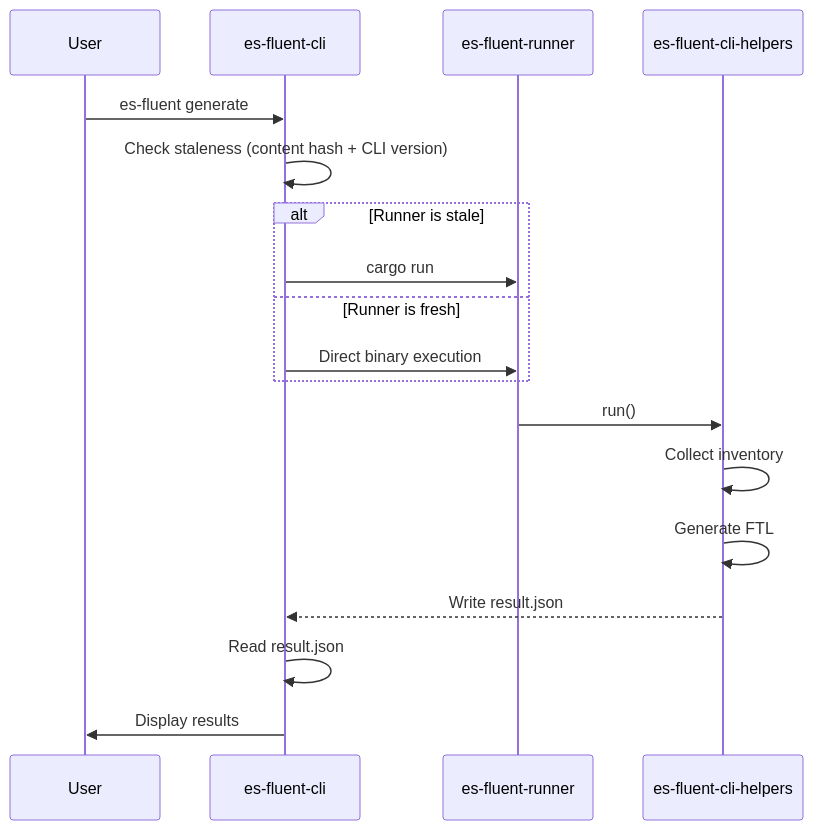
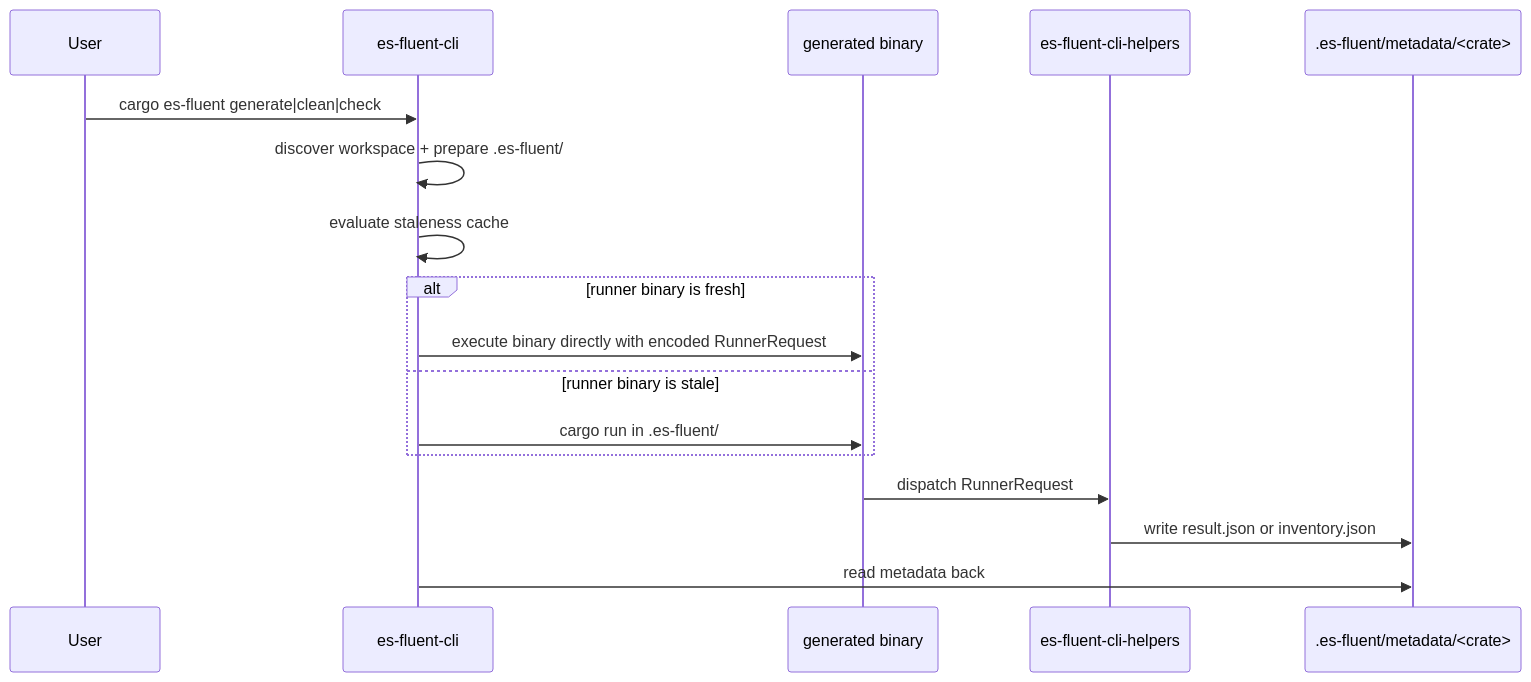
Before and after one commit to stayhydated/es-fluent: the second of 2 diagrams in crates/es-fluent-cli/docs/ARCHITECTURE.md, drawn with Mermaid. The commit also changed other lines of this file and 16 other files, not shown here.

````diff
--- a/crates/es-fluent-cli/docs/ARCHITECTURE.md
+++ b/crates/es-fluent-cli/docs/ARCHITECTURE.md
@@ -84,21 +76,20 @@
 ```mermaid
 sequenceDiagram
     participant User
     participant CLI as es-fluent-cli
-    participant Runner as es-fluent-runner
+    participant Runner as generated binary
     participant Helpers as es-fluent-cli-helpers
+    participant Meta as .es-fluent/metadata/<crate>
 
-    User->>CLI: es-fluent generate
-    CLI->>CLI: Check staleness (content hash + CLI version)
-    alt Runner is stale
-        CLI->>Runner: cargo run
-    else Runner is fresh
-        CLI->>Runner: Direct binary execution
+    User->>CLI: cargo es-fluent generate|clean|check
+    CLI->>CLI: discover workspace + prepare .es-fluent/
+    CLI->>CLI: evaluate staleness cache
+    alt runner binary is fresh
+        CLI->>Runner: execute binary directly with encoded RunnerRequest
+    else runner binary is stale
+        CLI->>Runner: cargo run in .es-fluent/
     end
-    Runner->>Helpers: run()
-    Helpers->>Helpers: Collect inventory
-    Helpers->>Helpers: Generate FTL
-    Helpers-->>CLI: Write result.json
-    CLI->>CLI: Read result.json
-    CLI->>User: Display results
+    Runner->>Helpers: dispatch RunnerRequest
+    Helpers->>Meta: write result.json or inventory.json
+    CLI->>Meta: read metadata back
 ```
````
